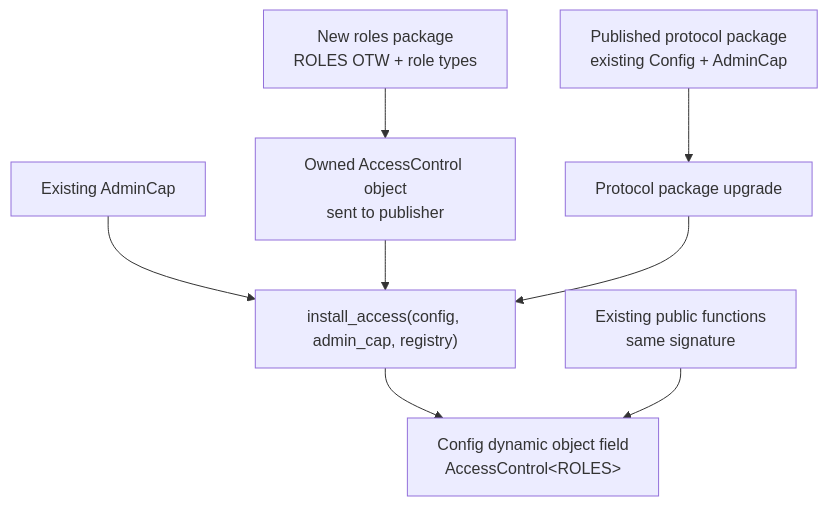
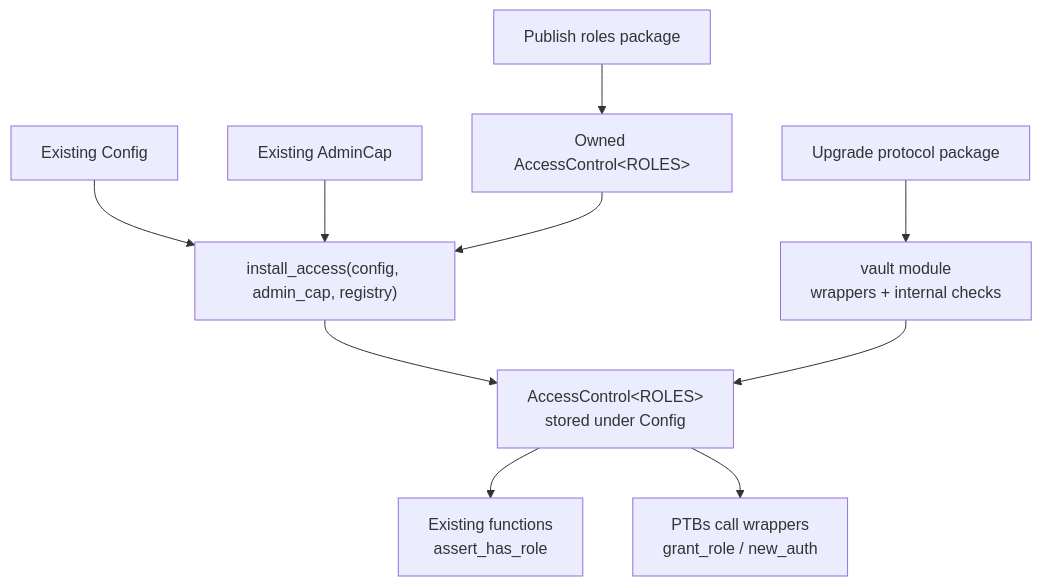
Before and after one commit to OpenZeppelin/docs: the fifth of 8 diagrams in content/contracts-sui/1.x/guides/access-control.mdx, drawn with Mermaid. The commit also changed other lines of this file and 1 other file, not shown here.

````diff
--- a/content/contracts-sui/1.x/guides/access-control.mdx
+++ b/content/contracts-sui/1.x/guides/access-control.mdx
@@ -428,10 +451,12 @@
 ```mermaid
 flowchart TB
-    RolesPkg["New roles package<br/>ROLES OTW + role types"] --> OwnedRegistry["Owned AccessControl object<br/>sent to publisher"]
-    V1["Published protocol package<br/>existing Config + AdminCap"] --> Upgrade["Protocol package upgrade"]
-    AdminCap["Existing AdminCap"] --> Install["install_access(config, admin_cap, registry)"]
+    RolesPublish["Publish roles package"] --> OwnedRegistry["Owned AccessControl&lt;ROLES&gt;"]
+    ProtocolUpgrade["Upgrade protocol package"] --> Vault["vault module<br/>wrappers + internal checks"]
+    Config["Existing Config"] --> Install["install_access(config, admin_cap, registry)"]
+    AdminCap["Existing AdminCap"] --> Install
     OwnedRegistry --> Install
-    Upgrade --> Install
-    Install --> ConfigField["Config dynamic object field<br/>AccessControl&lt;ROLES&gt;"]
-    Existing["Existing public functions<br/>same signature"] --> ConfigField
+    Install --> ConfigField["AccessControl&lt;ROLES&gt;<br/>stored under Config"]
+    Vault --> ConfigField
+    ConfigField --> Existing["Existing functions<br/>assert_has_role"]
+    ConfigField --> PTBs["PTBs call wrappers<br/>grant_role / new_auth"]
 ```
````
